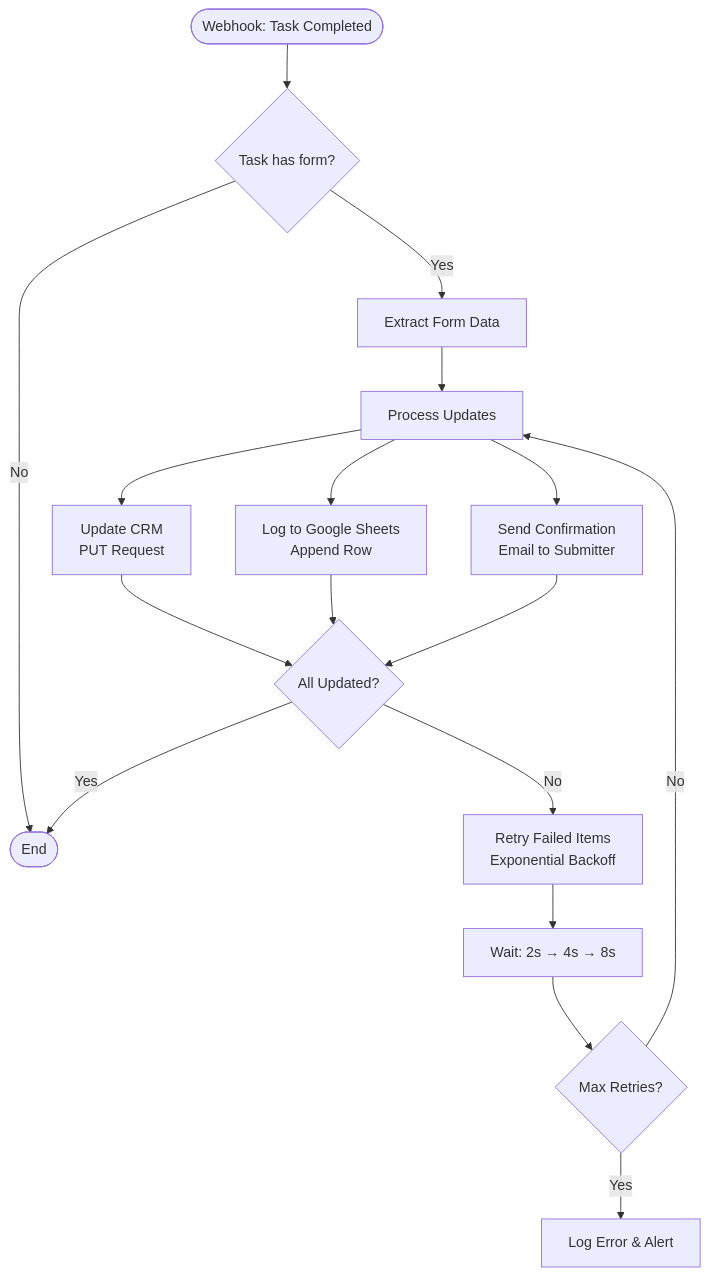
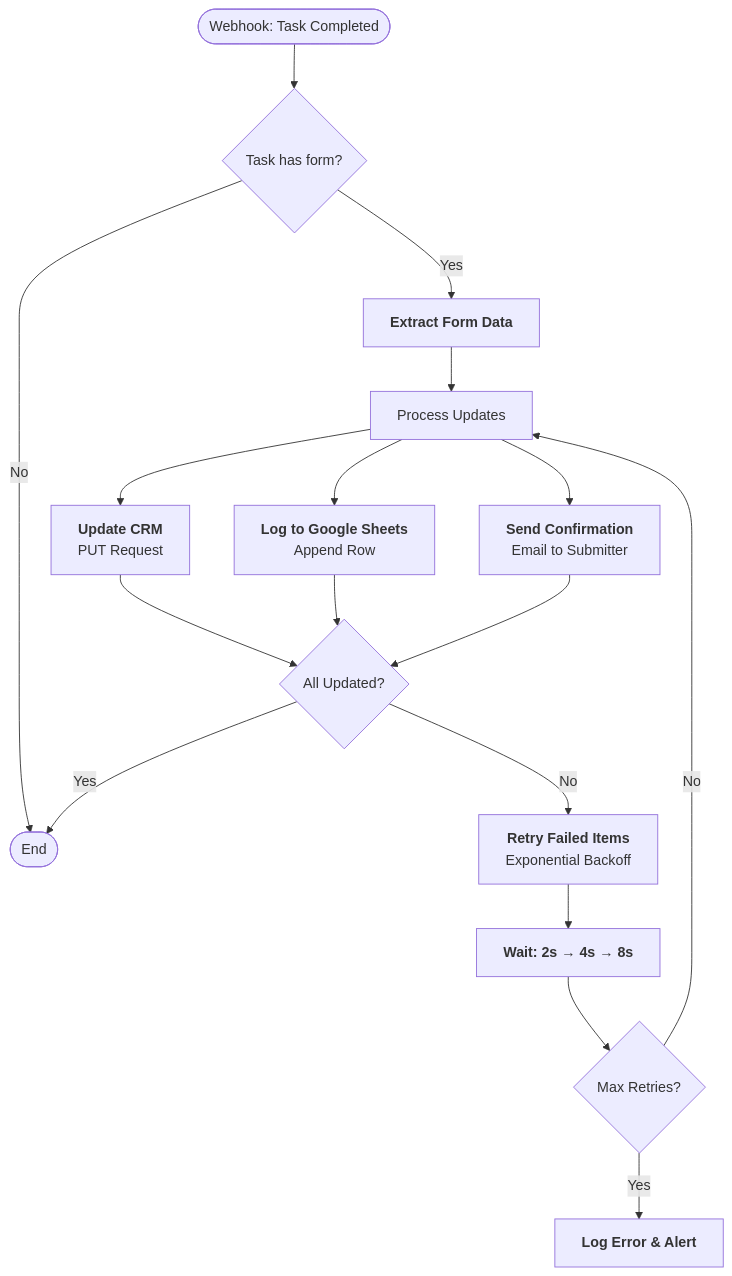
Before and after one commit to tallyfy/documentation: the diagram in src/content/docs/pro/integrations/middleware/n8n/common-n8n-workflow-examples.mdx, drawn with Mermaid. The commit also changed 22 other files, not shown here.

Commit message:
Adding changes to Mermaid

````diff
--- a/src/content/docs/pro/integrations/middleware/n8n/common-n8n-workflow-examples.mdx
+++ b/src/content/docs/pro/integrations/middleware/n8n/common-n8n-workflow-examples.mdx
@@ -82,29 +82,33 @@
 ```mermaid
 flowchart TD
     Start([Webhook: Task Completed]) --> Check{Task has form?}
     
-    Check -->|Yes| Extract[Extract Form Data]
-    Check -->|No| End([End])
+    Check -->|"`Yes`"| Extract["`**Extract Form Data**`"]
+    Check -->|"`No`"| End([End])
     
     Extract --> Parallel[Process Updates]
     
-    Parallel --> CRM[Update CRM<br/>PUT Request]
-    Parallel --> Sheets[Log to Google Sheets<br/>Append Row]
-    Parallel --> Email[Send Confirmation<br/>Email to Submitter]
+    Parallel --> CRM["`**Update CRM**
+PUT Request`"]
+    Parallel --> Sheets["`**Log to Google Sheets**
+Append Row`"]
+    Parallel --> Email["`**Send Confirmation**
+Email to Submitter`"]
     
     CRM --> Success{All Updated?}
     Sheets --> Success
     Email --> Success
     
-    Success -->|Yes| End
-    Success -->|No| Retry[Retry Failed Items<br/>Exponential Backoff]
+    Success -->|"`Yes`"| End
+    Success -->|"`No`"| Retry["`**Retry Failed Items**
+Exponential Backoff`"]
     
-    Retry --> Wait[Wait: 2s → 4s → 8s]
+    Retry --> Wait["`**Wait: 2s → 4s → 8s**`"]
     Wait --> Check2{Max Retries?}
-    Check2 -->|No| Parallel
-    Check2 -->|Yes| Error[Log Error & Alert]
+    Check2 -->|"`No`"| Parallel
+    Check2 -->|"`Yes`"| Error["`**Log Error & Alert**`"]
     
     
     click Extract "/products/pro/tracking-and-tasks/tasks/what-are-form-fields-in-tallyfy/" "Learn about form fields"
     click CRM "/products/pro/integrations/" "Integration options"
 ```
````
